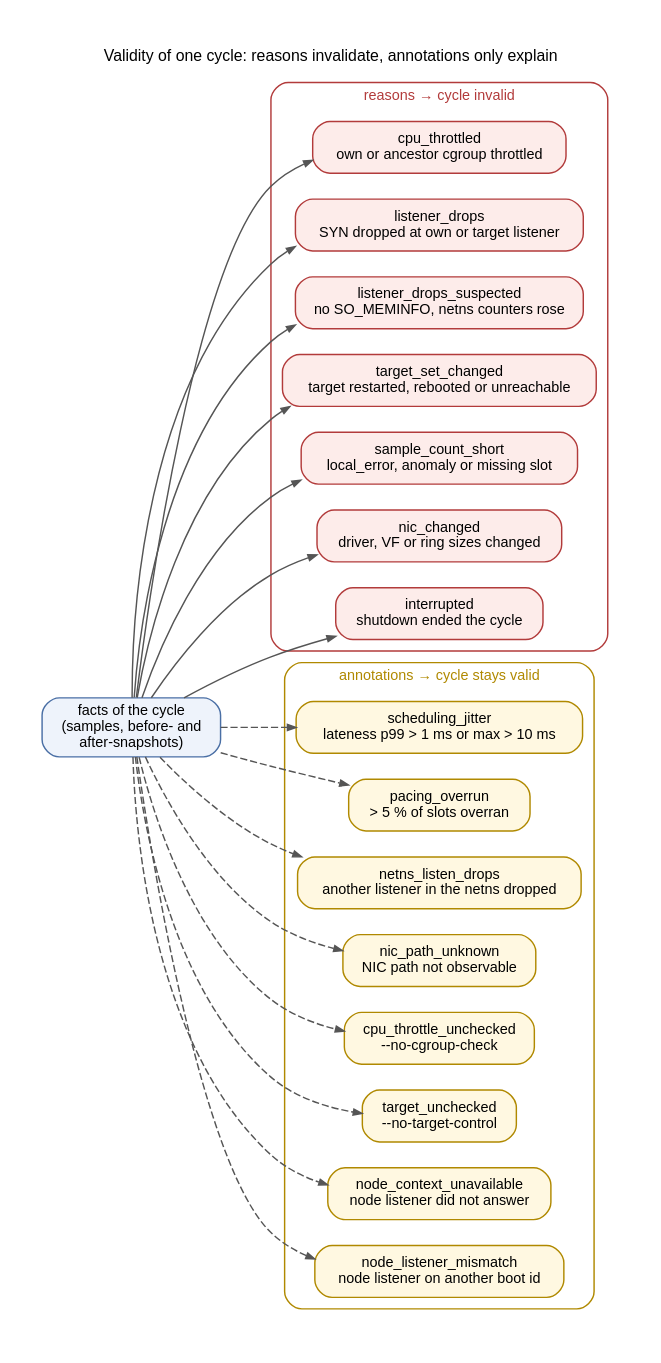
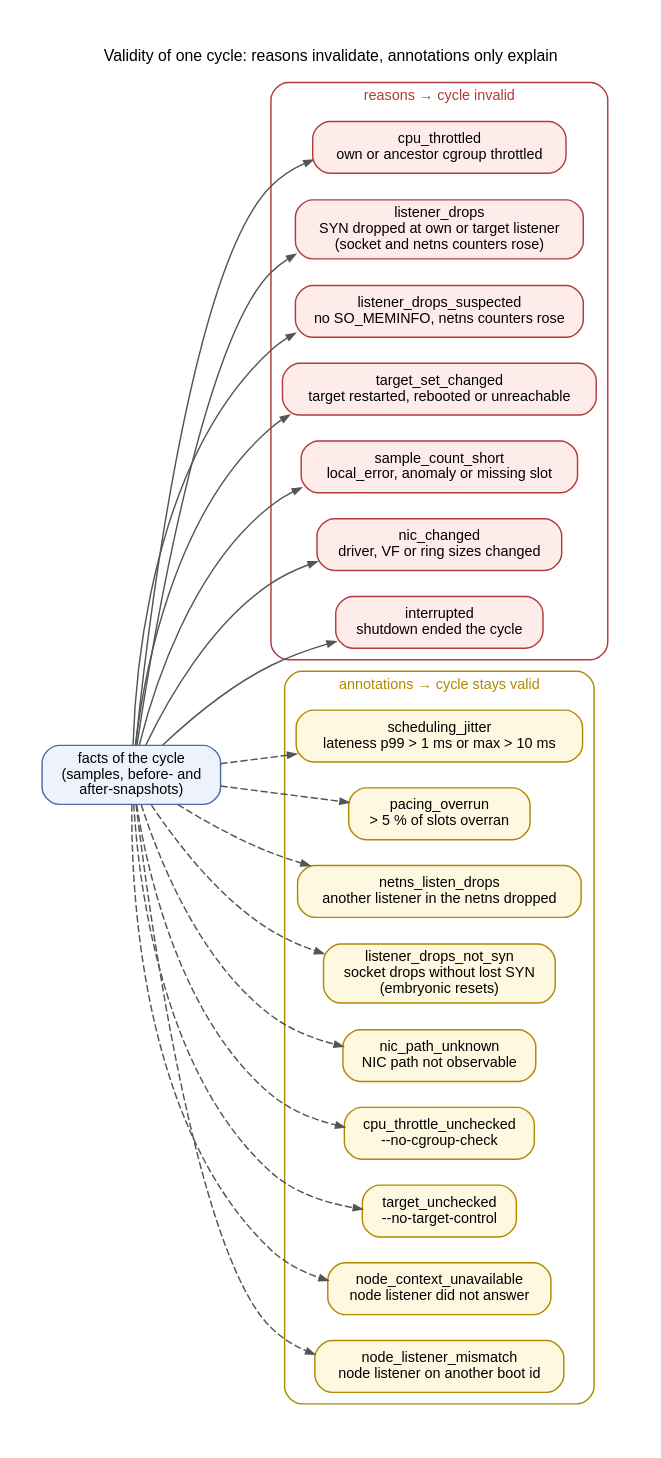
Before and after one commit to git001/k8s-netmeasure-rs: the diagram in docs/user/diagrams/cycle-validity.dot, drawn with Graphviz. The commit also changed 20 other files, not shown here.

First line of the commit message:
listener_drops needs socket and namespace drops; manifest fixes from the first cluster run

```diff
--- a/docs/user/diagrams/cycle-validity.dot
+++ b/docs/user/diagrams/cycle-validity.dot
@@ -1,36 +1,37 @@
 // How one cycle is judged (design §3.6). Every rule is checked; any reason invalidates.
 digraph cycle_validity {
   graph [rankdir=LR, ordering=out, fontname="Helvetica", fontsize=11, nodesep=0.25, ranksep=0.6, pad=0.3,
          label="Validity of one cycle: reasons invalidate, annotations only explain", labelloc=t];
   node  [shape=box, style="rounded,filled", fontname="Helvetica", fontsize=10];
   edge  [fontname="Helvetica", fontsize=9, color="#555555", arrowsize=0.6];
 
   facts [label="facts of the cycle\n(samples, before- and\nafter-snapshots)", fillcolor="#eef3fb", color="#4a6fa5"];
 
   subgraph cluster_reasons {
     label="reasons → cycle invalid"; style="rounded"; color="#b23b3b"; fontcolor="#b23b3b"; fontsize=10;
     node [fillcolor="#fdecea", color="#b23b3b"];
     r1 [label="cpu_throttled\nown or ancestor cgroup throttled"];
-    r2 [label="listener_drops\nSYN dropped at own or target listener"];
+    r2 [label="listener_drops\nSYN dropped at own or target listener\n(socket and netns counters rose)"];
     r3 [label="listener_drops_suspected\nno SO_MEMINFO, netns counters rose"];
     r4 [label="target_set_changed\ntarget restarted, rebooted or unreachable"];
     r5 [label="sample_count_short\nlocal_error, anomaly or missing slot"];
     r6 [label="nic_changed\ndriver, VF or ring sizes changed"];
     r7 [label="interrupted\nshutdown ended the cycle"];
   }
   subgraph cluster_notes {
     label="annotations → cycle stays valid"; style="rounded"; color="#b08900"; fontcolor="#b08900"; fontsize=10;
     node [fillcolor="#fff8e1", color="#b08900"];
     a1 [label="scheduling_jitter\nlateness p99 > 1 ms or max > 10 ms"];
     a2 [label="pacing_overrun\n> 5 % of slots overran"];
     a3 [label="netns_listen_drops\nanother listener in the netns dropped"];
+    a9 [label="listener_drops_not_syn\nsocket drops without lost SYN\n(embryonic resets)"];
     a4 [label="nic_path_unknown\nNIC path not observable"];
     a5 [label="cpu_throttle_unchecked\n--no-cgroup-check"];
     a6 [label="target_unchecked\n--no-target-control"];
     a7 [label="node_context_unavailable\nnode listener did not answer"];
     a8 [label="node_listener_mismatch\nnode listener on another boot id"];
   }
-  facts -> a8 [style=dashed]; facts -> a7 [style=dashed]; facts -> a6 [style=dashed]; facts -> a5 [style=dashed]; facts -> a4 [style=dashed];
+  facts -> a9 [style=dashed]; facts -> a8 [style=dashed]; facts -> a7 [style=dashed]; facts -> a6 [style=dashed]; facts -> a5 [style=dashed]; facts -> a4 [style=dashed];
   facts -> a3 [style=dashed]; facts -> a2 [style=dashed]; facts -> a1 [style=dashed];
   facts -> r7; facts -> r6; facts -> r5; facts -> r4; facts -> r3; facts -> r2; facts -> r1;
 }
```
